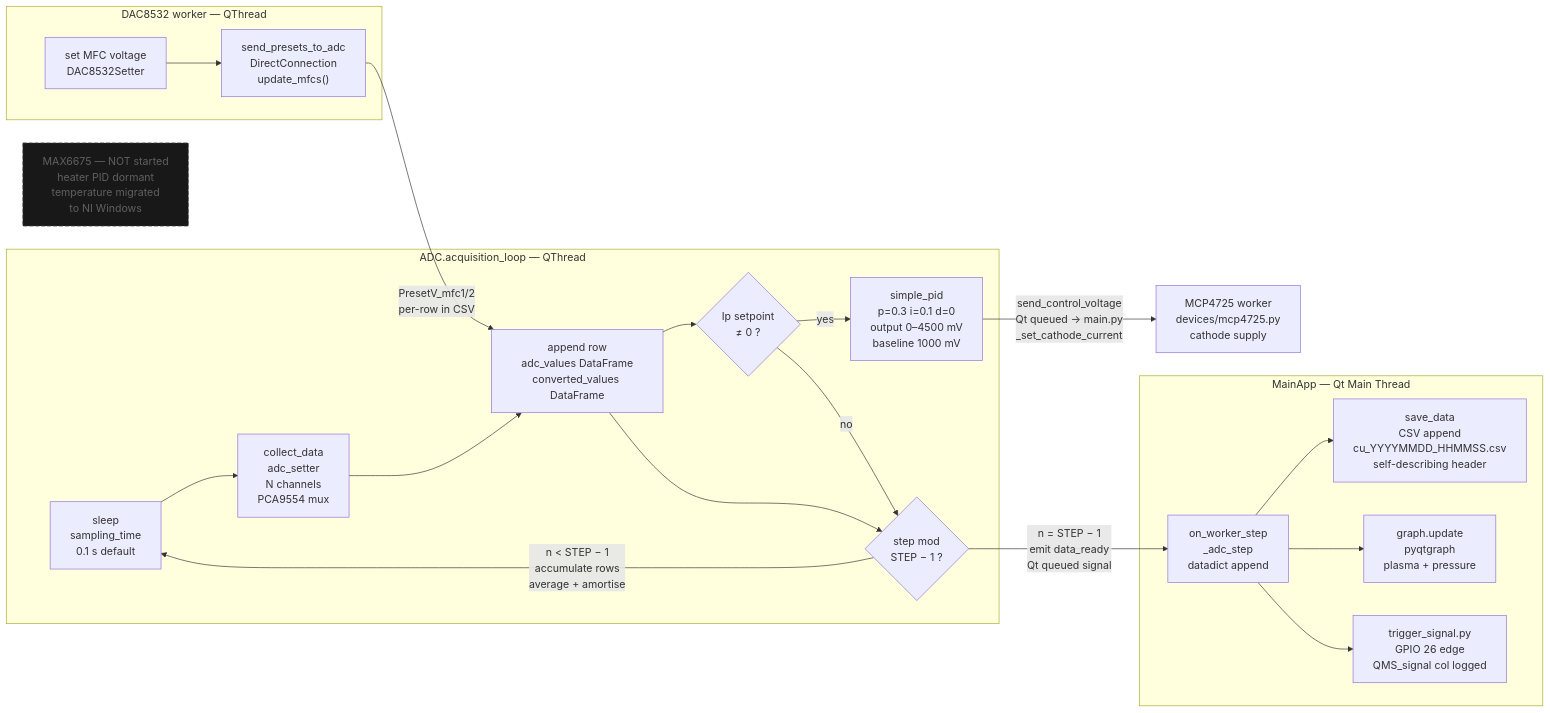
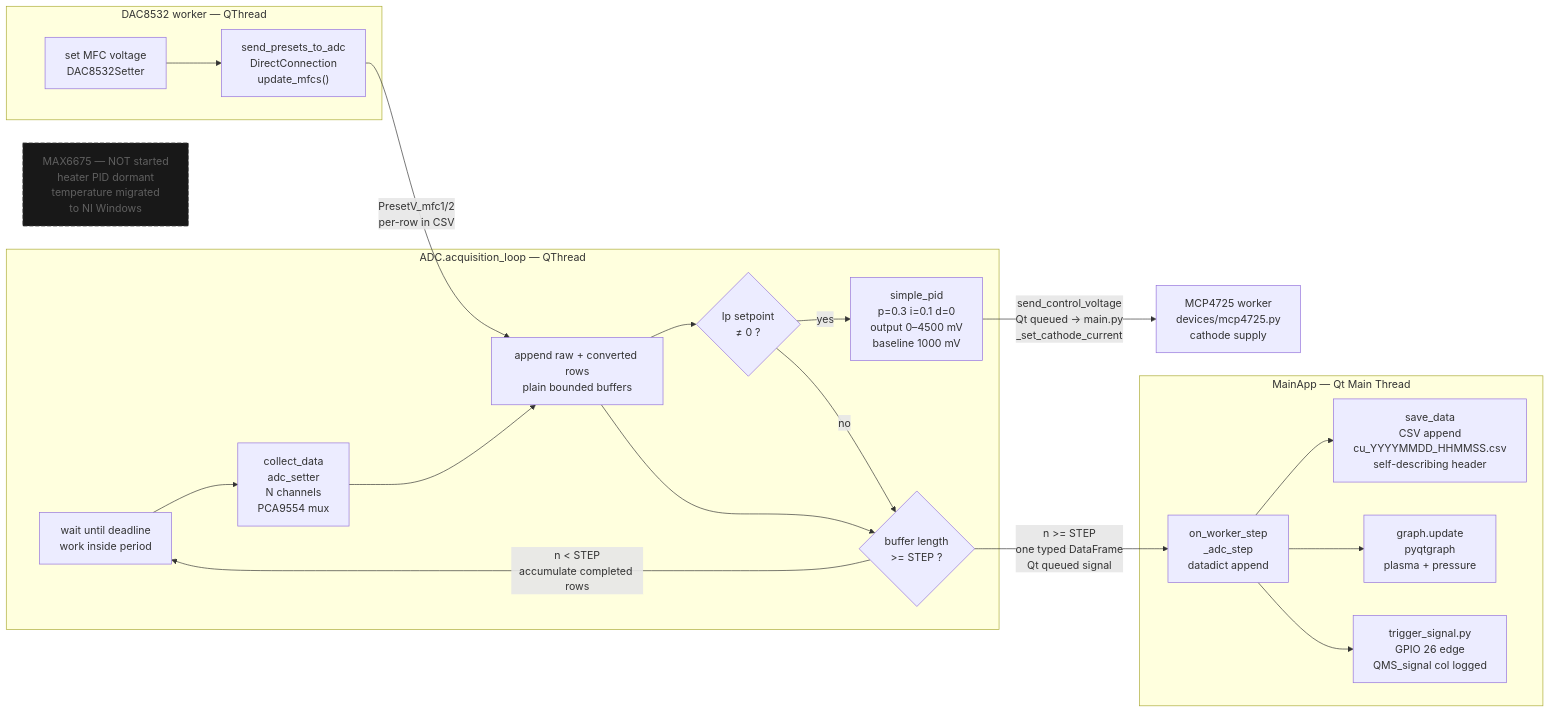
Before and after one commit to queezz/ControlUnit: the first of 2 diagrams in docs/architecture/qt-threading.md, drawn with Mermaid. The commit also changed other lines of this file and 26 other files, not shown here.

````diff
--- a/docs/architecture/qt-threading.md
+++ b/docs/architecture/qt-threading.md
@@ -48,46 +50,46 @@
 ```mermaid
 flowchart LR
     subgraph ADC_LOOP["ADC.acquisition_loop  —  QThread"]
-        SLEEP["sleep\nsampling_time\n0.1 s default"]
+        SLEEP["wait until deadline\nwork inside period"]
         COLLECT["collect_data\nadc_setter\nN channels\nPCA9554 mux"]
-        APPEND["append row\nadc_values DataFrame\nconverted_values DataFrame"]
-        STEP_G{"step mod\nSTEP − 1 ?"}
+        APPEND["append raw + converted rows\nplain bounded buffers"]
+        STEP_G{"buffer length\n>= STEP ?"}
         PID_G{"Ip setpoint\n≠ 0 ?"}
         PID_CALC["simple_pid\np=0.3  i=0.1  d=0\noutput 0–4500 mV\nbaseline 1000 mV"]
     end
 
     subgraph MFC_SIDE["DAC8532 worker  —  QThread"]
         MFC_OP["set MFC voltage\nDAC8532Setter"]
         MFC_SIG["send_presets_to_adc\nDirectConnection\nupdate_mfcs()"]
     end
 
     subgraph MAIN_SIDE["MainApp  —  Qt Main Thread"]
         ON_STEP["on_worker_step\n_adc_step\ndatadict append"]
         CSV_W["save_data\nCSV append\ncu_YYYYMMDD_HHMMSS.csv\nself-describing header"]
         PLOT_W["graph.update\npyqtgraph\nplasma + pressure"]
         SYNC["trigger_signal.py\nGPIO 26 edge\nQMS_signal col logged"]
     end
 
     WPC["MCP4725 worker\ndevices/mcp4725.py\ncathode supply"]
 
     DORMANT["MAX6675 — NOT started\nheater PID dormant\ntemperature migrated\nto NI Windows"]
 
     SLEEP --> COLLECT --> APPEND
     APPEND --> PID_G
     PID_G -- "yes" --> PID_CALC
     PID_CALC -- "send_control_voltage\nQt queued → main.py\n_set_cathode_current" --> WPC
     PID_G -- "no" --> STEP_G
     APPEND --> STEP_G
 
-    STEP_G -- "n < STEP − 1\naccumulate rows\naverage + amortise" --> SLEEP
-    STEP_G -- "n = STEP − 1\nemit data_ready\nQt queued signal" --> ON_STEP
+    STEP_G -- "n < STEP\naccumulate completed rows" --> SLEEP
+    STEP_G -- "n >= STEP\none typed DataFrame\nQt queued signal" --> ON_STEP
 
     ON_STEP --> CSV_W
     ON_STEP --> PLOT_W
     ON_STEP --> SYNC
 
     MFC_OP --> MFC_SIG
     MFC_SIG -- "PresetV_mfc1/2\nper-row in CSV" --> APPEND
 
     style DORMANT fill:#181818,stroke:#4a4a4a,stroke-dasharray:6 3,color:#606060
 ```
````
